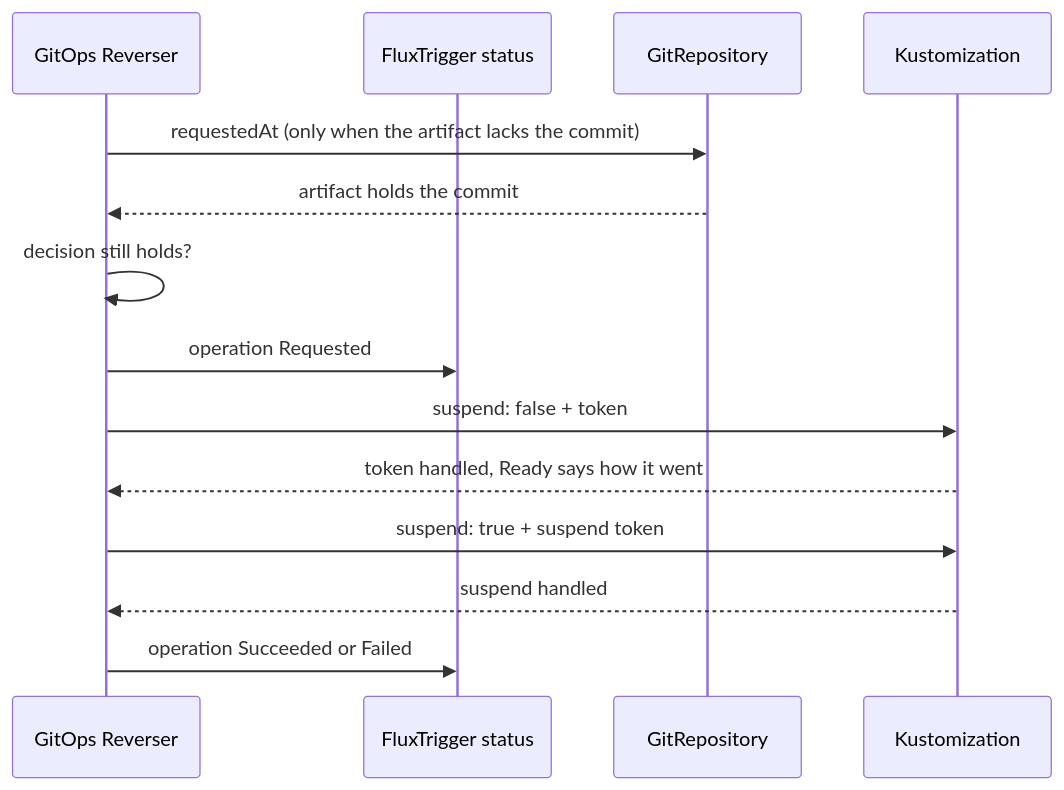
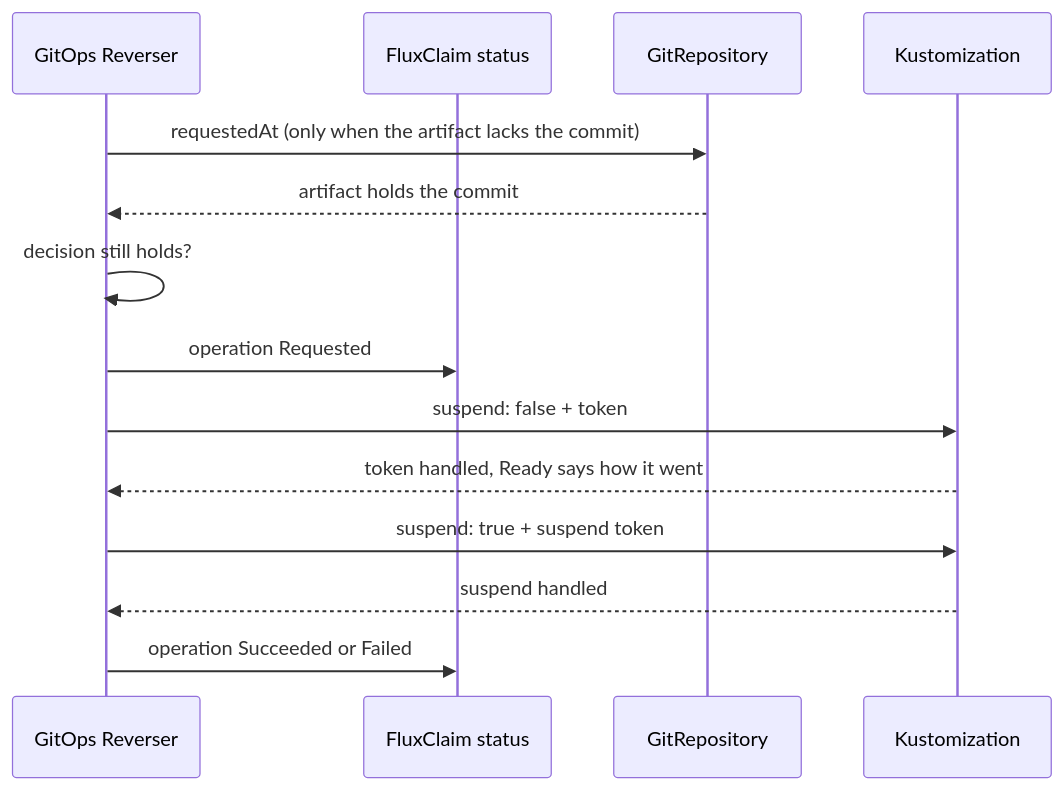
The second of 2 diagrams in docs/bi-directional-flux.md (ConfigButler/gitops-reverser), drawn with Mermaid before and after one commit. The commit also changed other lines of this file and 148 other files, not shown here.

First line of the commit message:
refactor(applier)!: rename FluxTrigger/ArgoCDTrigger to FluxClaim/ArgoCDClaim (#438)

````diff
--- a/docs/bi-directional-flux.md
+++ b/docs/bi-directional-flux.md
@@ -410,17 +410,17 @@
 ```mermaid
 sequenceDiagram
     participant Rev as GitOps Reverser
-    participant Trig as FluxTrigger status
+    participant Trig as FluxClaim status
     participant Src as GitRepository
     participant Ks as Kustomization
 
     Rev->>Src: requestedAt (only when the artifact lacks the commit)
     Src-->>Rev: artifact holds the commit
     Rev->>Rev: decision still holds?
     Rev->>Trig: operation Requested
     Rev->>Ks: suspend: false + token
     Ks-->>Rev: token handled, Ready says how it went
     Rev->>Ks: suspend: true + suspend token
     Ks-->>Rev: suspend handled
     Rev->>Trig: operation Succeeded or Failed
 ```
````
